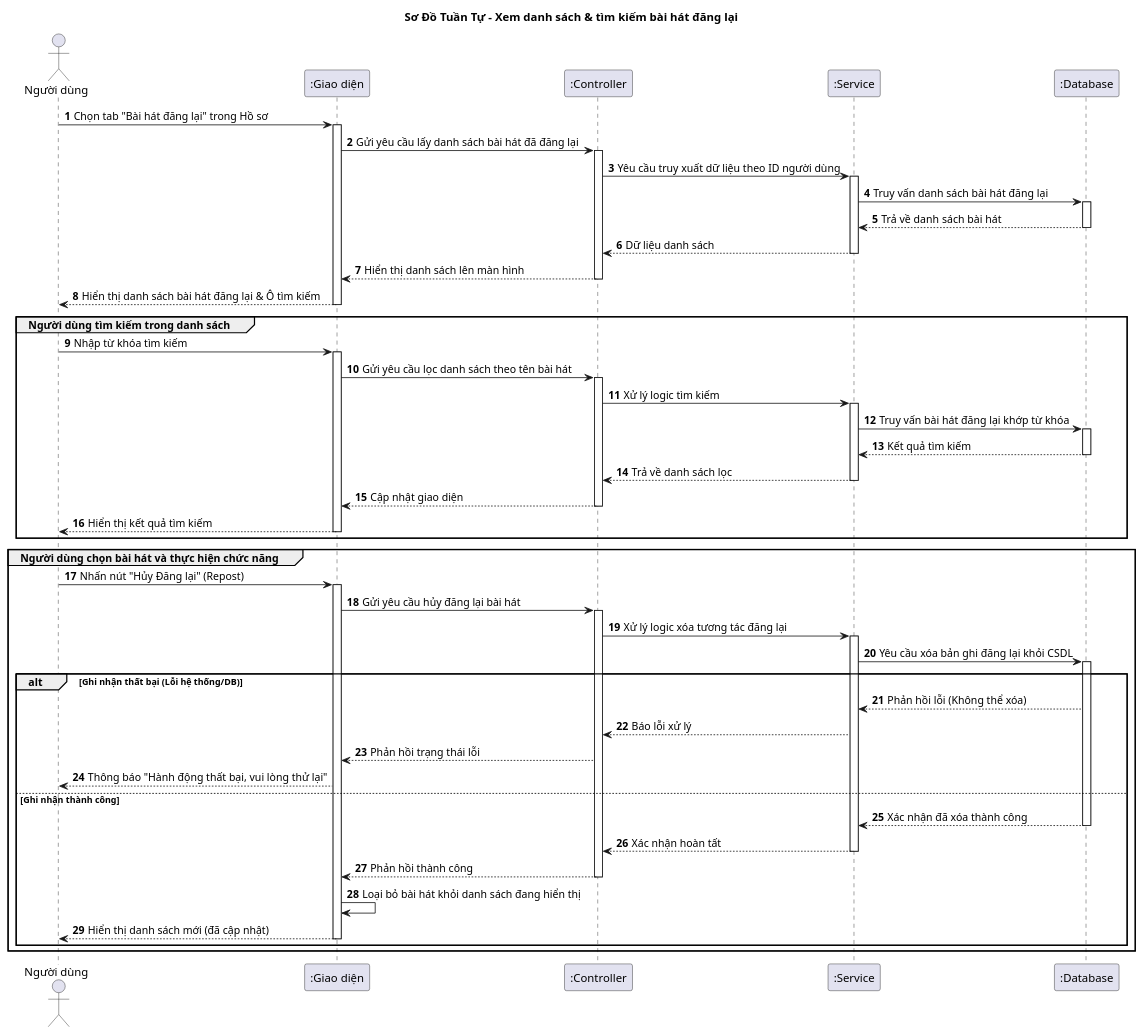
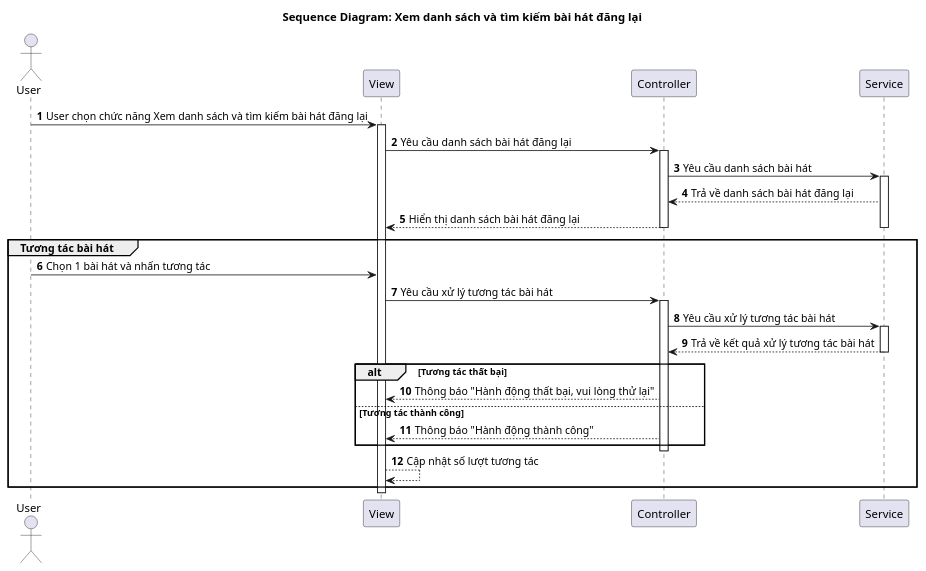
Before and after one commit to vinh047/soundwave: the diagram in Diagrams/SequenceDiagram/ViewSearchRepostedSongs.plantuml, drawn with PlantUML. The commit also changed 27 other files, not shown here.

Commit message:
Sửa đặc tả UC (Chia sẻ lên platform thôi,...), đơn giản hoá Sequence, sửa CD và thêm mô tả CD

```diff
--- a/Diagrams/SequenceDiagram/ViewSearchRepostedSongs.plantuml
+++ b/Diagrams/SequenceDiagram/ViewSearchRepostedSongs.plantuml
@@ -1,100 +1,41 @@
-@startuml Sequence Diagram - Xem Bài Hát Đăng Lại (Thông điệp)
+@startuml SD
 
-title Sơ Đồ Tuần Tự - Xem danh sách & tìm kiếm bài hát đăng lại
+actor "User" as User
+participant "View" as View
+participant "Controller" as Controller
+participant "Service" as Service
 
-actor "Người dùng" as User
-participant ":Giao diện" as UI
-participant ":Controller" as Controller
-participant ":Service" as Service
-participant ":Database" as DB
+title Sequence Diagram: Xem danh sách và tìm kiếm bài hát đăng lại
 
 autonumber
 
-' === BƯỚC 1: HIỂN THỊ DANH SÁCH (Dòng sự kiện chính 1) ===
-User -> UI: Chọn tab "Bài hát đăng lại" trong Hồ sơ
-activate UI
+User -> View: User chọn chức năng Xem danh sách và tìm kiếm bài hát đăng lại
+activate View
+View -> Controller: Yêu cầu danh sách bài hát đăng lại
+activate Controller
+Controller -> Service: Yêu cầu danh sách bài hát
+activate Service
+Service --> Controller: Trả về danh sách bài hát đăng lại
+Controller --> View: Hiển thị danh sách bài hát đăng lại
+deactivate Controller
+deactivate Service
 
-UI -> Controller: Gửi yêu cầu lấy danh sách bài hát đã đăng lại
-activate Controller
-Controller -> Service: Yêu cầu truy xuất dữ liệu theo ID người dùng
-activate Service
-
-' Logic: Tìm trong bảng Repost, join sang bảng Song
-Service -> DB: Truy vấn danh sách bài hát đăng lại
-activate DB
-DB --> Service: Trả về danh sách bài hát
-deactivate DB
-
-Service --> Controller: Dữ liệu danh sách
-deactivate Service
-Controller --> UI: Hiển thị danh sách lên màn hình
-deactivate Controller
-
-UI --> User: Hiển thị danh sách bài hát đăng lại & Ô tìm kiếm
-deactivate UI
-
-' === BƯỚC 2: TÌM KIẾM (Dòng sự kiện chính 2) ===
-group Người dùng tìm kiếm trong danh sách
-    User -> UI: Nhập từ khóa tìm kiếm
-    activate UI
-    UI -> Controller: Gửi yêu cầu lọc danh sách theo tên bài hát
+group Tương tác bài hát
+    User -> View: Chọn 1 bài hát và nhấn tương tác
+    View -> Controller: Yêu cầu xử lý tương tác bài hát
     activate Controller
-    Controller -> Service: Xử lý logic tìm kiếm
+    Controller -> Service: Yêu cầu xử lý tương tác bài hát
     activate Service
-    
-    Service -> DB: Truy vấn bài hát đăng lại khớp từ khóa
-    activate DB
-    DB --> Service: Kết quả tìm kiếm
-    deactivate DB
-    
-    Service --> Controller: Trả về danh sách lọc
+    Service --> Controller: Trả về kết quả xử lý tương tác bài hát
     deactivate Service
-    Controller --> UI: Cập nhật giao diện
+    alt Tương tác thất bại
+        Controller --> View: Thông báo "Hành động thất bại, vui lòng thử lại"
+    else Tương tác thành công
+        Controller --> View: Thông báo "Hành động thành công"
+    end
     deactivate Controller
-    
-    UI --> User: Hiển thị kết quả tìm kiếm
-    deactivate UI
+    View --> View: Cập nhật số lượt tương tác
 end
 
-' === BƯỚC 3, 4, 5: TƯƠNG TÁC (Chọn Hủy Đăng lại làm ví dụ) ===
-group Người dùng chọn bài hát và thực hiện chức năng
-
-    ' Ví dụ: Chọn Hủy Đăng lại (sẽ làm bài hát biến mất khỏi list)
-    User -> UI: Nhấn nút "Hủy Đăng lại" (Repost)
-    activate UI
-    
-    UI -> Controller: Gửi yêu cầu hủy đăng lại bài hát
-    activate Controller
-    Controller -> Service: Xử lý logic xóa tương tác đăng lại
-    activate Service
-    
-    ' Bước 4: Ghi nhận vào CSDL
-    Service -> DB: Yêu cầu xóa bản ghi đăng lại khỏi CSDL
-    activate DB
-    
-    ' --- Dòng sự kiện phụ 4.1 ---
-    alt Ghi nhận thất bại (Lỗi hệ thống/DB)
-        DB --> Service: Phản hồi lỗi (Không thể xóa)
-        Service --> Controller: Báo lỗi xử lý
-        Controller --> UI: Phản hồi trạng thái lỗi
-        UI --> User: Thông báo "Hành động thất bại, vui lòng thử lại"
-        
-    ' --- Dòng sự kiện chính 4, 5 ---
-    else Ghi nhận thành công
-        DB --> Service: Xác nhận đã xóa thành công
-        deactivate DB
-        
-        Service --> Controller: Xác nhận hoàn tất
-        deactivate Service
-        
-        Controller --> UI: Phản hồi thành công
-        deactivate Controller
-        
-        ' Bước 5: Cập nhật danh sách (Giao diện tự xóa dòng đó đi)
-        UI -> UI: Loại bỏ bài hát khỏi danh sách đang hiển thị
-        
-        UI --> User: Hiển thị danh sách mới (đã cập nhật)
-        deactivate UI
-    end
-end
+deactivate View
 @enduml
```
